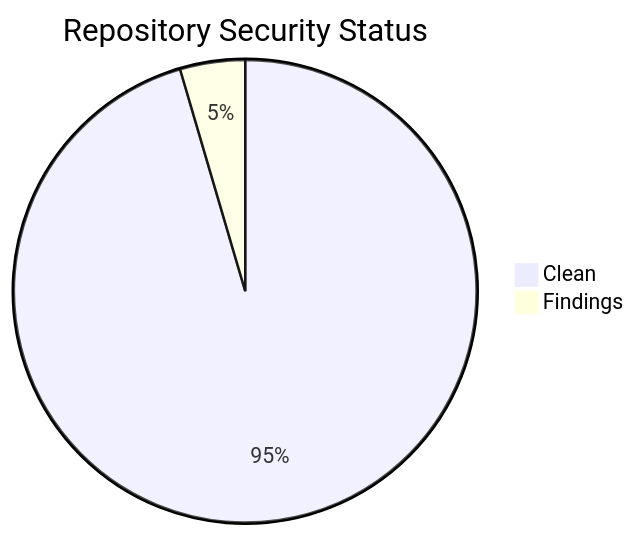
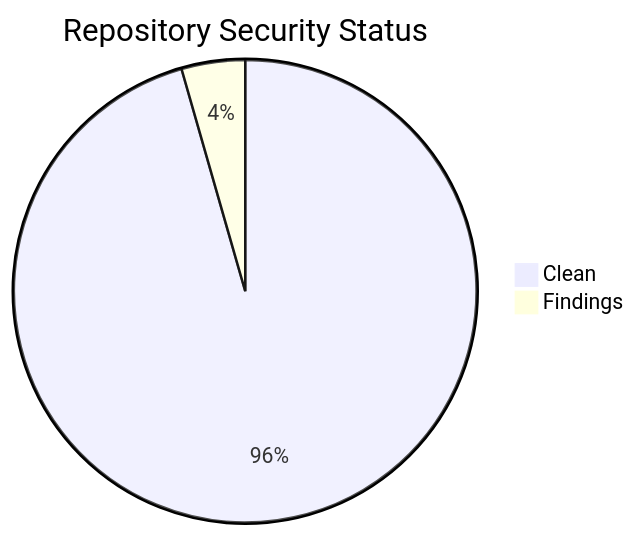
The second of 2 diagrams in projects/status.md (icepaule/icepaule.github.io), drawn with Mermaid before and after one commit. The commit also changed other lines of this file and 5 other files, not shown here.

````diff
--- a/projects/status.md
+++ b/projects/status.md
@@ -107,5 +108,5 @@
 ```mermaid
 pie title Repository Security Status
-    "Clean" : 42
+    "Clean" : 43
     "Findings" : 2
 ```
````
